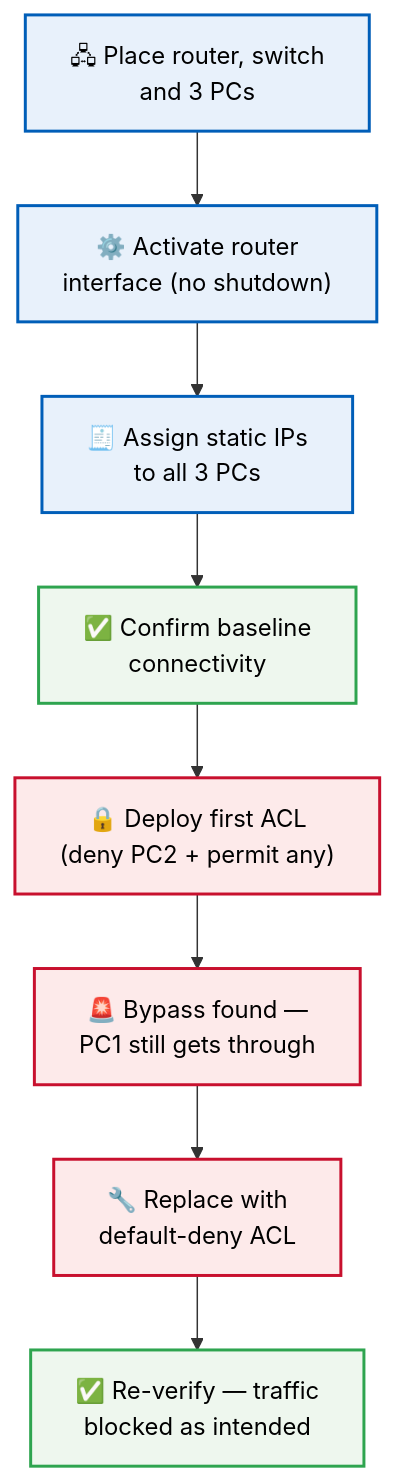
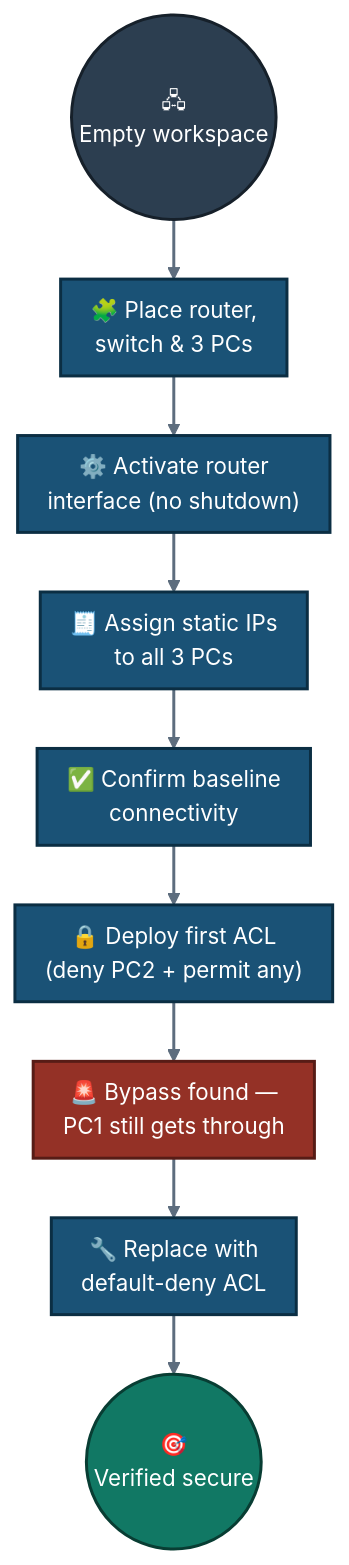
One commit to malaika-azhar/Cybersecurity-Lab-Projects changed the first of 2 diagrams in 1-Foundational-Projects/project-02-cisco-infrastructure-secure-routing/README.md. Above: the diagram before and after it, drawn with Mermaid. The commit also changed other lines of this file, not shown here.

````diff
--- a/1-Foundational-Projects/project-02-cisco-infrastructure-secure-routing/README.md
+++ b/1-Foundational-Projects/project-02-cisco-infrastructure-secure-routing/README.md
@@ -102,17 +116,19 @@
 ```mermaid
-flowchart TD
-    A["🖧 Place router, switch<br/>and 3 PCs"] --> B["⚙️ Activate router<br/>interface (no shutdown)"]
-    B --> C["🧾 Assign static IPs<br/>to all 3 PCs"]
-    C --> D["✅ Confirm baseline<br/>connectivity"]
-    D --> E["🔒 Deploy first ACL<br/>(deny PC2 + permit any)"]
-    E --> F["🚨 Bypass found —<br/>PC1 still gets through"]
-    F --> G["🔧 Replace with<br/>default-deny ACL"]
-    G --> H["✅ Re-verify — traffic<br/>blocked as intended"]
+%%{init: {'theme': 'base', 'themeVariables': {'fontSize': '15px'}, 'flowchart': {'nodeSpacing': 24, 'rankSpacing': 40, 'padding': 10}}}%%
+flowchart TB
+    START(("🖧<br/>Empty workspace")):::top
+    START --> TOPO["🧩 Place router,<br/>switch & 3 PCs"]:::step
+    TOPO --> IFACE["⚙️ Activate router<br/>interface (no shutdown)"]:::step
+    IFACE --> IPS["🧾 Assign static IPs<br/>to all 3 PCs"]:::step
+    IPS --> BASE["✅ Confirm baseline<br/>connectivity"]:::step
+    BASE --> ACL1["🔒 Deploy first ACL<br/>(deny PC2 + permit any)"]:::step
+    ACL1 --> BYPASS["🚨 Bypass found —<br/>PC1 still gets through"]:::alert
+    BYPASS --> ACL2["🔧 Replace with<br/>default-deny ACL"]:::step
+    ACL2 --> ROOT(("🎯<br/>Verified secure")):::bottom
 
-    classDef alert fill:#fdeaea,stroke:#C8102E,stroke-width:2px,color:#000
-    classDef work fill:#e8f1fb,stroke:#005EB8,stroke-width:2px,color:#000
-    classDef done fill:#eef7ee,stroke:#2ea44f,stroke-width:2px,color:#000
-    class A,B,C work
-    class D,H done
-    class E,F,G alert
+    classDef top fill:#2C3E50,stroke:#16202A,stroke-width:2px,color:#FFFFFF
+    classDef step fill:#1A5276,stroke:#0B2E43,stroke-width:2px,color:#FFFFFF
+    classDef alert fill:#943126,stroke:#571C16,stroke-width:2px,color:#FFFFFF
+    classDef bottom fill:#117864,stroke:#083D33,stroke-width:2px,color:#FFFFFF
+    linkStyle default stroke:#5D6D7E,stroke-width:2px
 ```
````
